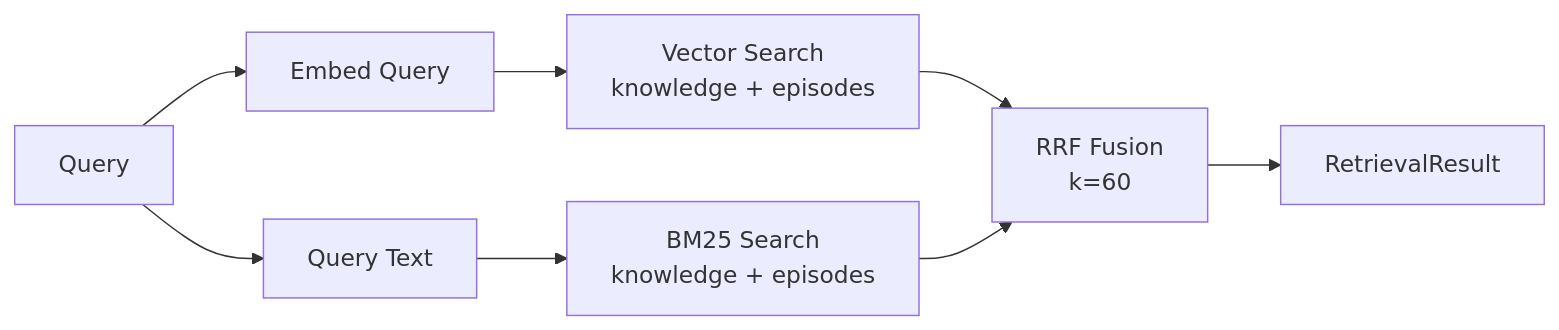
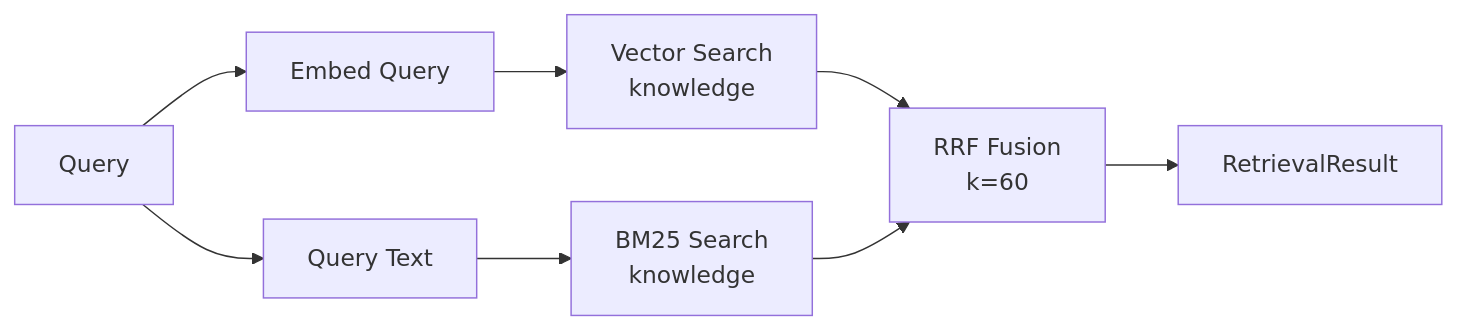
The diagram in docs/concepts/retrieval.md (vstorm-co/memv), drawn with Mermaid before and after one commit. The commit also changed other lines of this file and 10 other files, not shown here.

````diff
--- a/docs/concepts/retrieval.md
+++ b/docs/concepts/retrieval.md
@@ -7,9 +7,9 @@
 ```mermaid
 flowchart LR
     Q[Query] --> EMB[Embed Query]
     Q --> TXT[Query Text]
-    EMB --> VS[Vector Search<br>knowledge + episodes]
-    TXT --> BM[BM25 Search<br>knowledge + episodes]
+    EMB --> VS[Vector Search<br>knowledge]
+    TXT --> BM[BM25 Search<br>knowledge]
     VS & BM --> RRF[RRF Fusion<br>k=60]
     RRF --> R[RetrievalResult]
 ```
````
